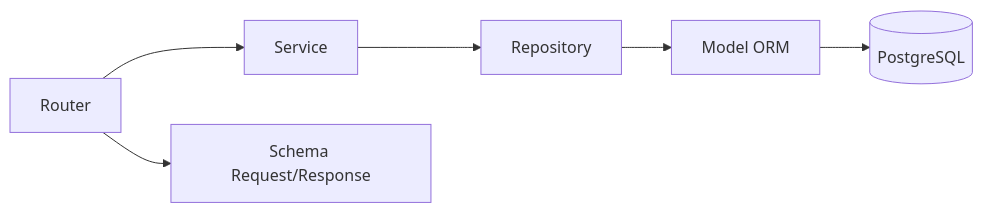
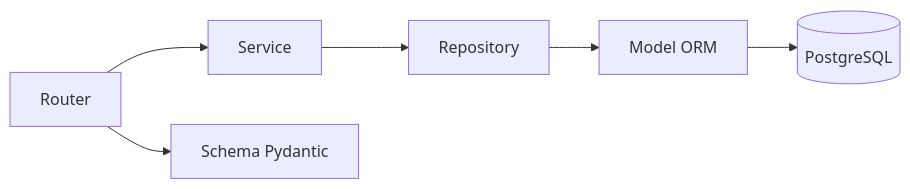
The second of 3 diagrams in docs/MAPA_ARQUITECTURA.md (dsmeneses17/Proyecto_dev_sec_ops), drawn with Mermaid before and after one commit. The commit also changed other lines of this file and 4 other files, not shown here.

````diff
--- a/docs/MAPA_ARQUITECTURA.md
+++ b/docs/MAPA_ARQUITECTURA.md
@@ -49,8 +56,8 @@
 ```mermaid
 flowchart LR
     R[Router] --> S[Service]
     S --> RP[Repository]
     RP --> M[Model ORM]
     M --> PG[(PostgreSQL)]
-    R --> SC[Schema Request/Response]
+    R --> SC[Schema Pydantic]
 ```
````
